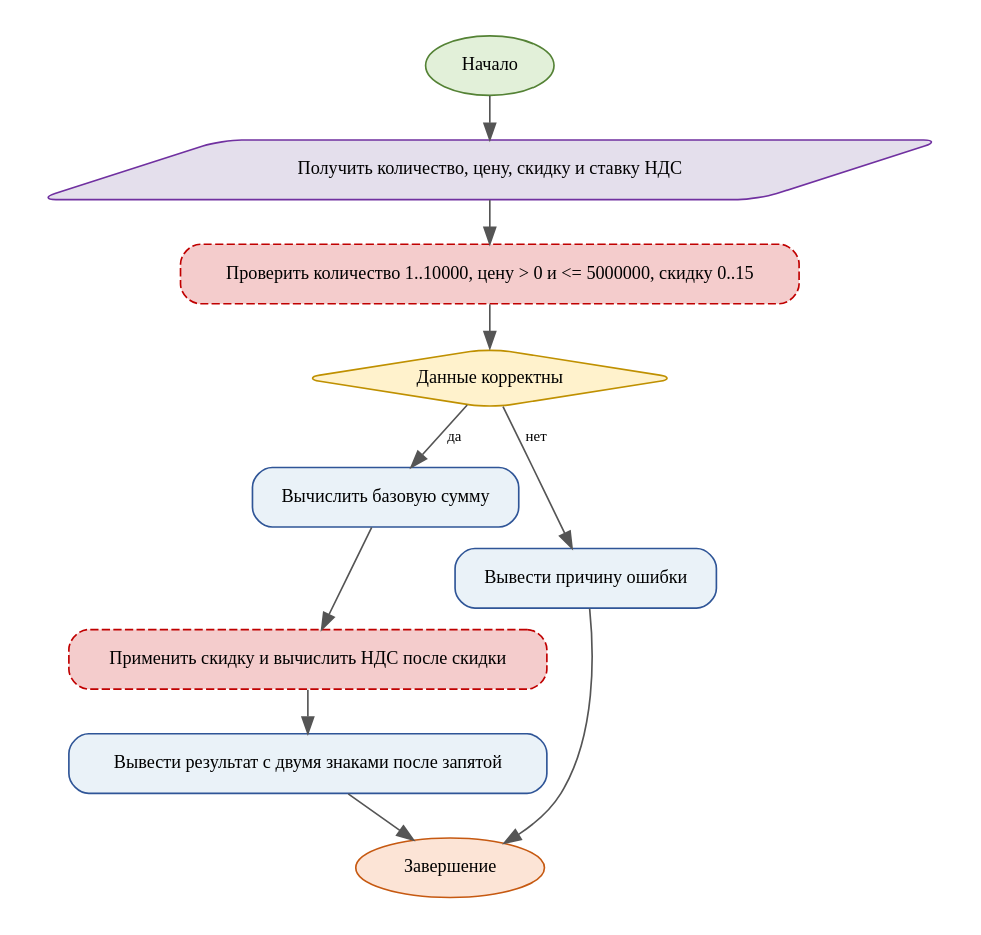
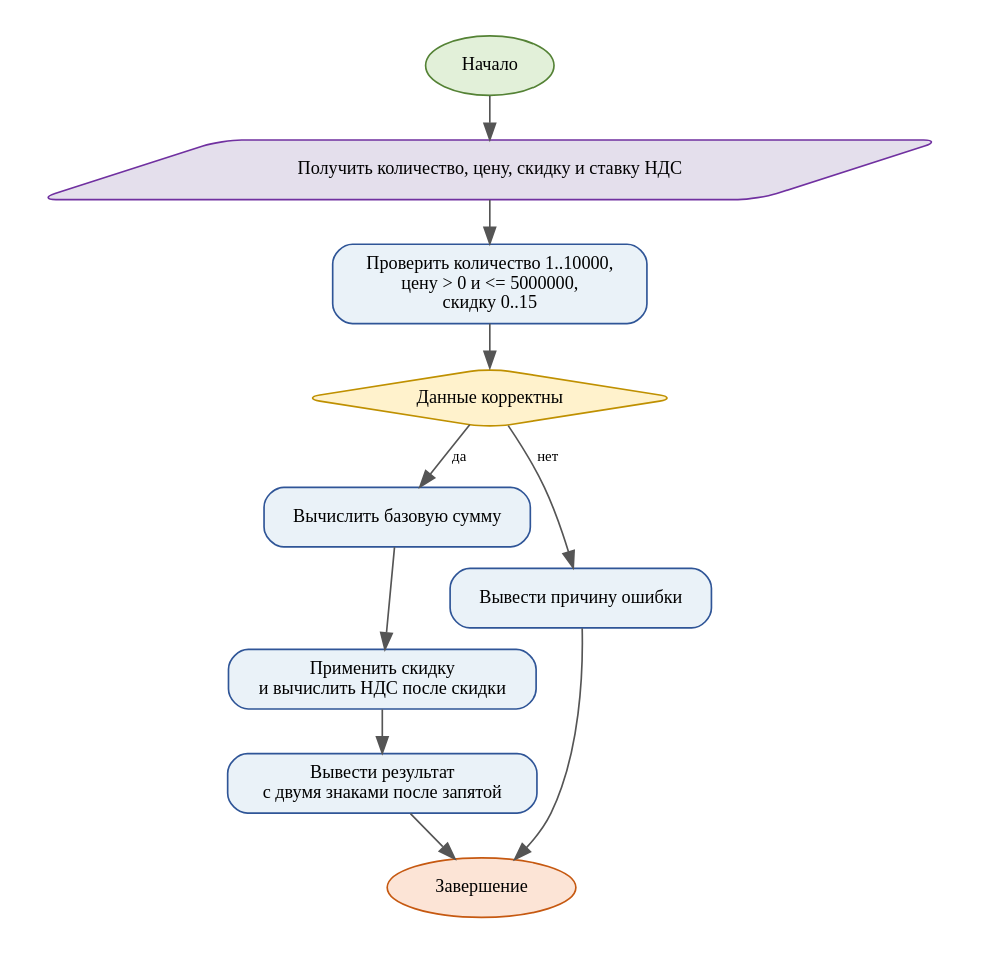
One commit to artemka38/practice3-4-java changed the diagram in diagrams/activity_partial.dot. Above: the diagram before and after it, drawn with Graphviz. The commit also changed 8 other files, not shown here.

Commit message:
Fix report, diagrams and boundary checks

```diff
--- a/diagrams/activity_partial.dot
+++ b/diagrams/activity_partial.dot
@@ -1,23 +1,26 @@
 digraph G {
 graph [rankdir=TB, bgcolor="white", pad=0.2, nodesep=0.25, ranksep=0.35];
 node [shape=box, style="rounded,filled", fontname="Times New Roman", fontsize=11, color="#2F5597", fillcolor="#EAF2F8", margin="0.12,0.08"];
 edge [fontname="Times New Roman", fontsize=9, color="#555555"];
+
 start [label="Начало", shape=oval, fillcolor="#E2F0D9", color="#548235"];
 end [label="Завершение", shape=oval, fillcolor="#FCE4D6", color="#C65911"];
-n1 [label="Получить количество, цену, скидку и ставку НДС" ,shape=parallelogram,fillcolor="#E4DFEC",color="#7030A0"];
-n2 [label="Проверить количество 1..10000, цену > 0 и <= 5000000, скидку 0..15" ,fillcolor="#F4CCCC",color="#C00000",style="rounded,dashed,filled"];
-n3 [label="Данные корректны" ,shape=diamond,fillcolor="#FFF2CC",color="#BF9000"];
-n4 [label="Вычислить базовую сумму" ];
-n5 [label="Применить скидку и вычислить НДС после скидки" ,fillcolor="#F4CCCC",color="#C00000",style="rounded,dashed,filled"];
-n6 [label="Вывести результат с двумя знаками после запятой" ];
-n7 [label="Вывести причину ошибки" ];
+
+n1 [label="Получить количество, цену, скидку и ставку НДС", shape=parallelogram, fillcolor="#E4DFEC", color="#7030A0"];
+n2 [label="Проверить количество 1..10000,\nцену > 0 и <= 5000000,\nскидку 0..15"];
+n3 [label="Данные корректны", shape=diamond, fillcolor="#FFF2CC", color="#BF9000"];
+n4 [label="Вычислить базовую сумму"];
+n5 [label="Применить скидку\nи вычислить НДС после скидки"];
+n6 [label="Вывести результат\nс двумя знаками после запятой"];
+n7 [label="Вывести причину ошибки"];
+
 start -> n1;
 n1 -> n2;
 n2 -> n3;
 n3 -> n4 [label="да"];
 n3 -> n7 [label="нет"];
 n4 -> n5;
 n5 -> n6;
 n6 -> end;
 n7 -> end;
 }
```
